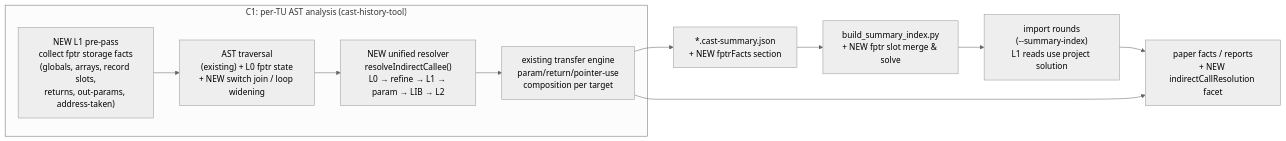
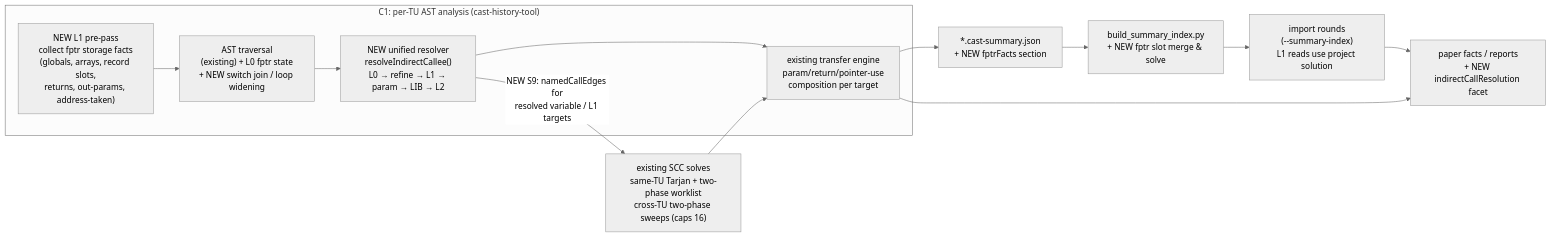
One commit to lama-cl/chp changed the first of 5 diagrams in design/fptr-extension/02-design.md. Above: the diagram before and after it, drawn with Mermaid (neutral theme). The commit also changed other lines of this file and 11 other files, not shown here.

````diff
--- a/design/fptr-extension/02-design.md
+++ b/design/fptr-extension/02-design.md
@@ -18,16 +18,19 @@
 ```mermaid
 flowchart LR
   subgraph C1["C1: per-TU AST analysis (cast-history-tool)"]
     PRE["NEW L1 pre-pass<br/>collect fptr storage facts<br/>(globals, arrays, record slots,<br/>returns, out-params, address-taken)"]
     TRAV["AST traversal<br/>(existing) + L0 fptr state<br/>+ NEW switch join / loop widening"]
     RES["NEW unified resolver<br/>resolveIndirectCallee()<br/>L0 → refine → L1 → param → LIB → L2"]
     XFER["existing transfer engine<br/>param/return/pointer-use<br/>composition per target"]
     PRE --> TRAV --> RES --> XFER
   end
   SUM["*.cast-summary.json<br/>+ NEW fptrFacts section"]
   IDX["build_summary_index.py<br/>+ NEW fptr slot merge & solve"]
   IMP["import rounds<br/>(--summary-index)<br/>L1 reads use project solution"]
   REP["paper facts / reports<br/>+ NEW indirectCallResolution facet"]
+  SCC["existing SCC solves<br/>same-TU Tarjan + two-phase worklist<br/>cross-TU two-phase sweeps (caps 16)"]
   XFER --> SUM --> IDX --> IMP --> REP
   XFER --> REP
+  RES -- "NEW S9: namedCallEdges for<br/>resolved variable / L1 targets" --> SCC
+  SCC --> XFER
 ```
````
